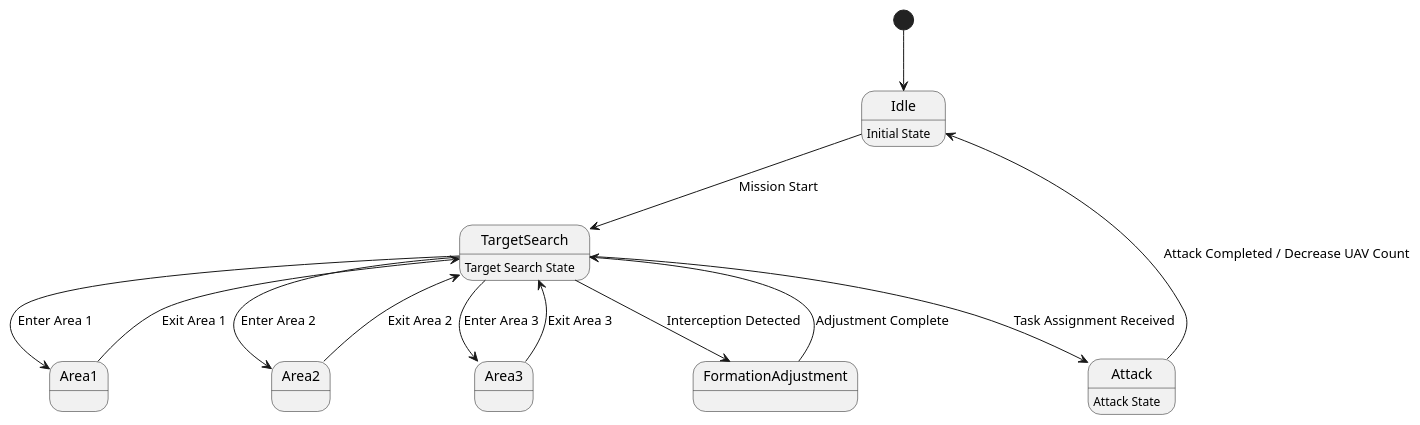
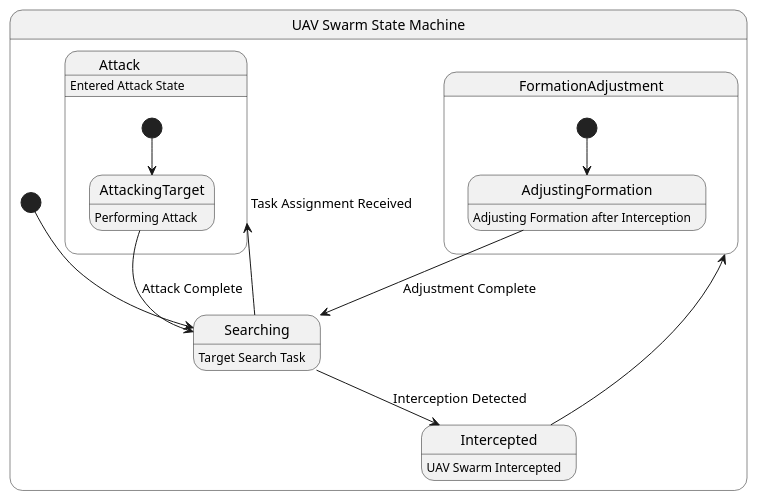
The diagram in project_1_llm_state_machine_modeling/paper_stm_repair/pipeline/representation/reports/llms_emp_r45_java_60/pairs/0006/README.md (HansBug/research_ideas), drawn with PlantUML before and after one commit. The commit also changed other lines of this file and 622 other files, not shown here.

First line of the commit message:
fix(paper1): 切换Phase-II最终池并重建PlantUML转换证据

````diff
--- a/project_1_llm_state_machine_modeling/paper_stm_repair/pipeline/representation/reports/llms_emp_r45_java_60/pairs/0006/README.md
+++ b/project_1_llm_state_machine_modeling/paper_stm_repair/pipeline/representation/reports/llms_emp_r45_java_60/pairs/0006/README.md
@@ -28,26 +77,29 @@
 ```plantuml
 @startuml
-[*] --> Idle
-Idle: Initial State
+state "UAV Swarm State Machine" as UAVSwarmStateMachine {
 
-Idle --> TargetSearch : Mission Start
-TargetSearch : Target Search State
+[*] --> Searching
+Searching : Target Search Task
 
-TargetSearch --> Area1 : Enter Area 1
-TargetSearch --> Area2 : Enter Area 2
-TargetSearch --> Area3 : Enter Area 3
+Searching --> Intercepted : Interception Detected
+Searching --> Attack : Task Assignment Received
 
-Area1 --> TargetSearch : Exit Area 1
-Area2 --> TargetSearch : Exit Area 2
-Area3 --> TargetSearch : Exit Area 3
+state FormationAdjustment {
+[*] --> AdjustingFormation
+AdjustingFormation : Adjusting Formation after Interception
+AdjustingFormation --> Searching : Adjustment Complete
+}
 
-TargetSearch --> FormationAdjustment : Interception Detected
+state Attack {
+[*] --> AttackingTarget
+AttackingTarget : Performing Attack
+AttackingTarget --> Searching : Attack Complete
+}
 
-TargetSearch --> Attack : Task Assignment Received
-Attack : Attack State
-Attack --> Idle : Attack Completed / Decrease UAV Count
+Intercepted : UAV Swarm Intercepted
+Intercepted --> FormationAdjustment
 
-FormationAdjustment --> TargetSearch : Adjustment Complete
-
+Attack : Entered Attack State
+}
 @enduml
 ```
````
